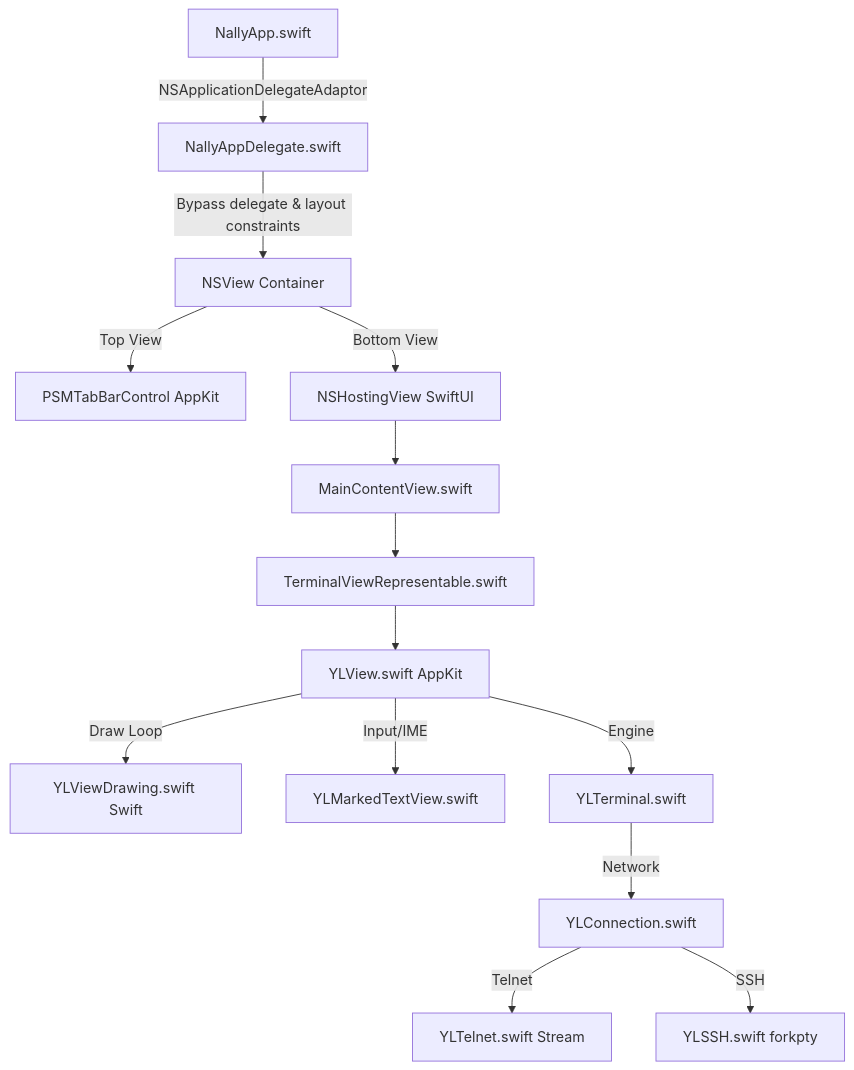
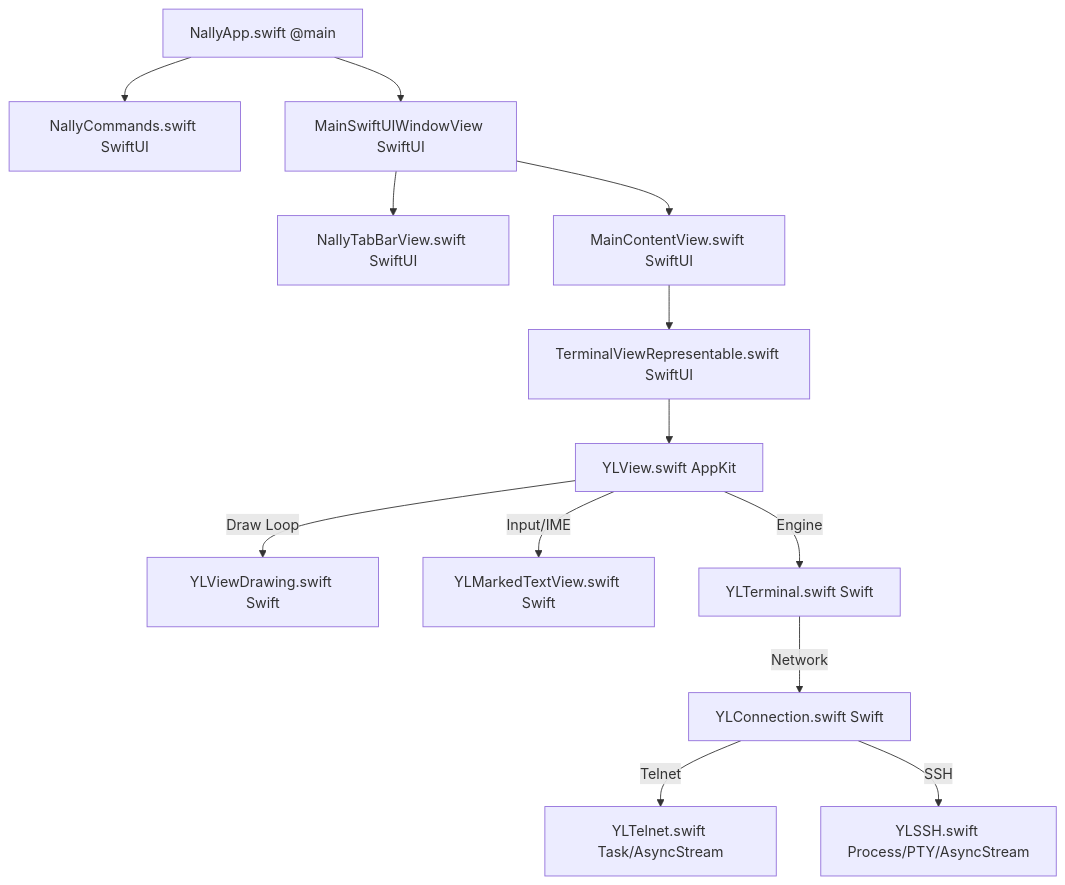
Before and after one commit to ericsk/nally-unofficial: the diagram in NALLY_UNOFFICIAL_SPEC.md, drawn with Mermaid. The commit also changed other lines of this file, not shown here.

Commit message:
Update NALLY_UNOFFICIAL_SPEC.md with Phase A-C, Options 1-3, and recent bugfix details

````diff
--- a/NALLY_UNOFFICIAL_SPEC.md
+++ b/NALLY_UNOFFICIAL_SPEC.md
@@ -14,16 +14,15 @@
 ```mermaid
 graph TD
-    A[NallyApp.swift] -->|NSApplicationDelegateAdaptor| B[NallyAppDelegate.swift]
-    B -->|Bypass delegate & layout constraints| C[NSView Container]
-    C -->|Top View| D[PSMTabBarControl AppKit]
-    C -->|Bottom View| E[NSHostingView SwiftUI]
-    E --> F[MainContentView.swift]
-    F --> G[TerminalViewRepresentable.swift]
-    G --> H[YLView.swift AppKit]
-    H -->|Draw Loop| I[YLViewDrawing.swift Swift]
-    H -->|Input/IME| J[YLMarkedTextView.swift]
-    H -->|Engine| K[YLTerminal.swift]
-    K -->|Network| L[YLConnection.swift]
-    L -->|Telnet| M[YLTelnet.swift Stream]
-    L -->|SSH| N[YLSSH.swift forkpty]
+    A[NallyApp.swift @main] --> B[NallyCommands.swift SwiftUI]
+    A --> C[MainSwiftUIWindowView SwiftUI]
+    C --> D[NallyTabBarView.swift SwiftUI]
+    C --> E[MainContentView.swift SwiftUI]
+    E --> F[TerminalViewRepresentable.swift SwiftUI]
+    F --> G[YLView.swift AppKit]
+    G -->|Draw Loop| H[YLViewDrawing.swift Swift]
+    G -->|Input/IME| I[YLMarkedTextView.swift Swift]
+    G -->|Engine| J[YLTerminal.swift Swift]
+    J -->|Network| K[YLConnection.swift Swift]
+    K -->|Telnet| L[YLTelnet.swift Task/AsyncStream]
+    K -->|SSH| M[YLSSH.swift Process/PTY/AsyncStream]
 ```
````
